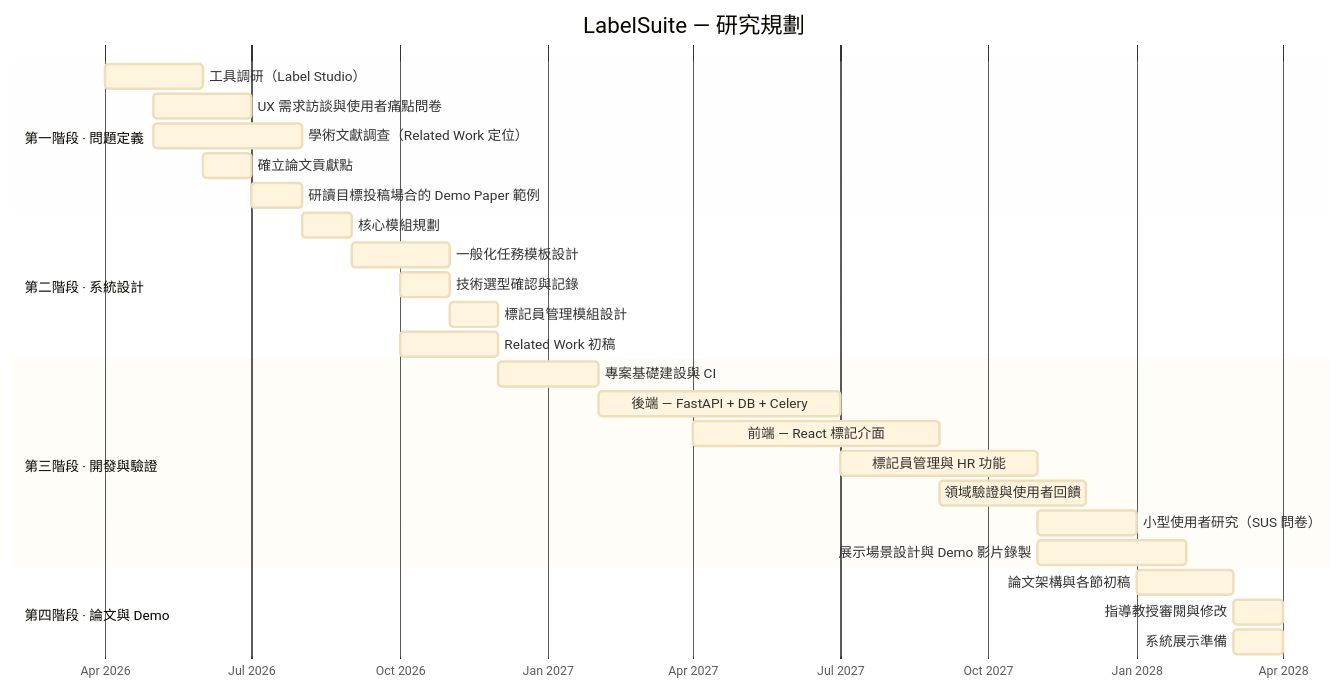
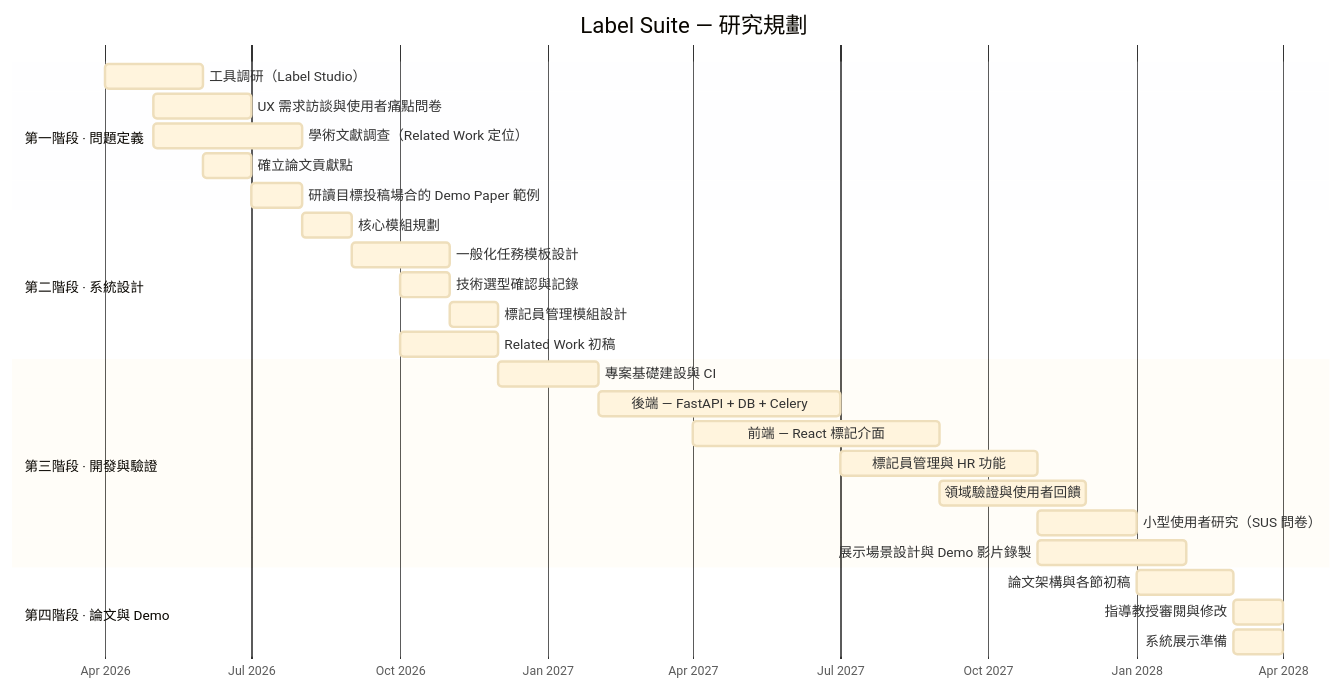
Before and after one commit to singyichen/label-suite: the diagram in README.zh-TW.md, drawn with Mermaid. The commit also changed other lines of this file and 17 other files, not shown here.

First line of the commit message:
docs: update logo to social-preview and normalize product name to Label Suite

````diff
--- a/README.zh-TW.md
+++ b/README.zh-TW.md
@@ -104,46 +104,46 @@
 ```mermaid
 %%{init: {
   "theme": "base",
   "themeVariables": {
     "cScale0": "#3B82F6",
     "cScale1": "#8B5CF6",
     "cScale2": "#10B981",
     "cScale3": "#F59E0B",
     "gridColor": "#E5E7EB",
     "todayLineColor": "#EF4444",
     "fontSize": "14px"
   }
 }}%%
 gantt
-    title LabelSuite — 研究規劃
+    title Label Suite — 研究規劃
     dateFormat  YYYY-MM-DD
     axisFormat  %b %Y
 
     section 第一階段 · 問題定義
     工具調研（Label Studio）                      :p1a, 2026-04-01, 2026-06-01
     UX 需求訪談與使用者痛點問卷                   :p1d, 2026-05-01, 2026-07-01
     學術文獻調查（Related Work 定位）             :p1e, 2026-05-01, 2026-08-01
     確立論文貢獻點                               :p1b, 2026-06-01, 2026-07-01
     研讀目標投稿場合的 Demo Paper 範例            :p1c, 2026-07-01, 2026-08-01
 
     section 第二階段 · 系統設計
     核心模組規劃                                 :p2a, 2026-08-01, 2026-09-01
     一般化任務模板設計                           :p2b, 2026-09-01, 2026-11-01
     技術選型確認與記錄                           :p2c, 2026-10-01, 2026-11-01
     標記員管理模組設計                           :p2d, 2026-11-01, 2026-12-01
     Related Work 初稿                           :p2e, 2026-10-01, 2026-12-01
 
     section 第三階段 · 開發與驗證
     專案基礎建設與 CI                            :p3a, 2026-12-01, 2027-02-01
     後端 — FastAPI + DB + Celery                :p3b, 2027-02-01, 2027-07-01
     前端 — React 標記介面                       :p3c, 2027-04-01, 2027-09-01
     標記員管理與 HR 功能                         :p3d, 2027-07-01, 2027-11-01
     領域驗證與使用者回饋                         :p3e, 2027-09-01, 2027-12-01
     小型使用者研究（SUS 問卷）                   :p3g, 2027-11-01, 2028-01-01
     展示場景設計與 Demo 影片錄製                 :p3h, 2027-11-01, 2028-02-01
 
     section 第四階段 · 論文與 Demo
     論文架構與各節初稿                           :p4a, 2028-01-01, 2028-03-01
     指導教授審閱與修改                           :p4b, 2028-03-01, 2028-04-01
     系統展示準備                                 :p4c, 2028-03-01, 2028-04-01
 ```
````
